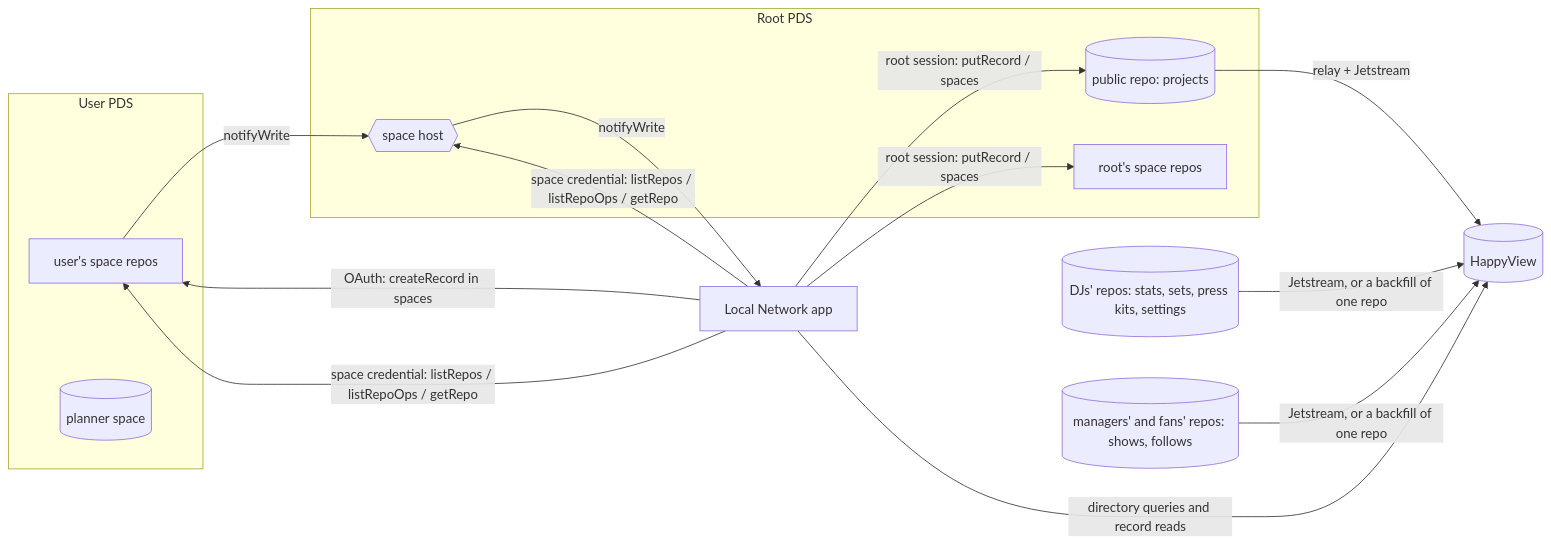
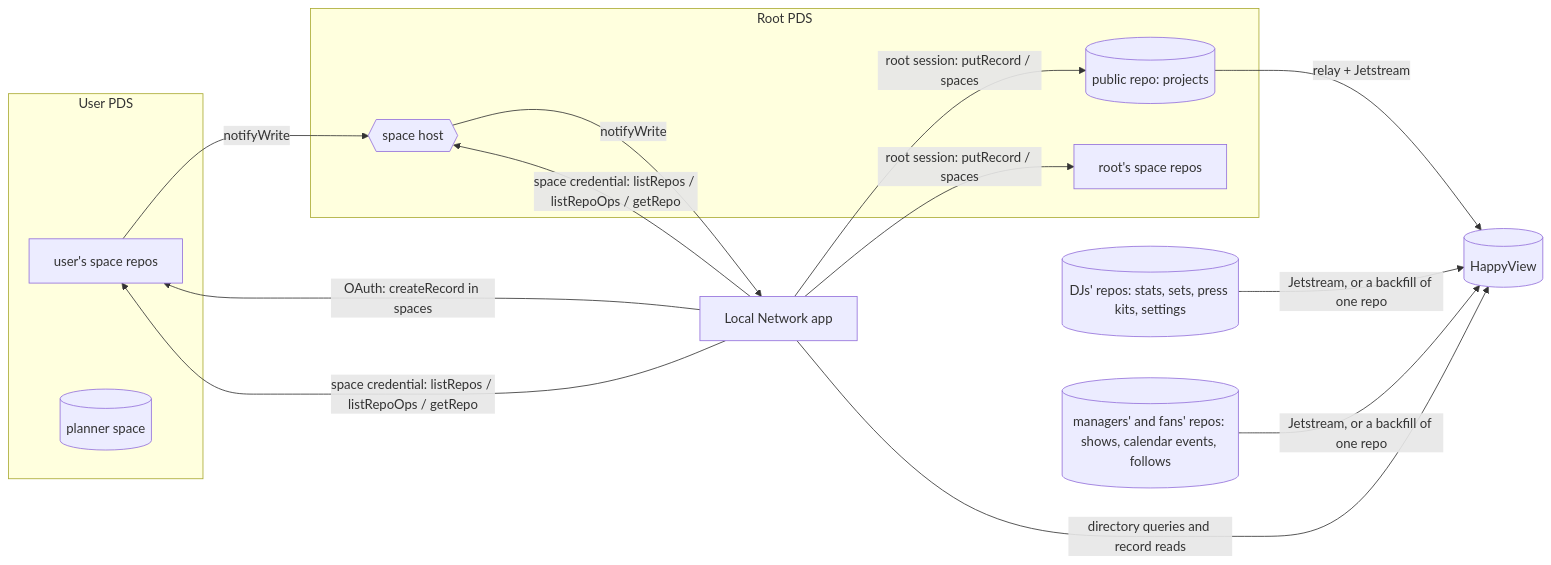
The diagram in apps/web/README.md (cutenode/localnetwork), drawn with Mermaid before and after one commit. The commit also changed other lines of this file and 20 other files, not shown here.

First line of the commit message:
feat(web): read shows and their calendar events from HappyView instead of PDSes

````diff
--- a/apps/web/README.md
+++ b/apps/web/README.md
@@ -93,22 +93,22 @@
 ```mermaid
 flowchart LR
   subgraph User PDS
     UR[user's space repos]
     PL[(planner space)]
   end
   subgraph Root PDS
     PUB[(public repo: projects)]
     RS[root's space repos]
     SH{{space host}}
   end
   App[Local Network app]
   App -- OAuth: createRecord in spaces --> UR
   App -- root session: putRecord / spaces --> PUB & RS
   UR -- notifyWrite --> SH
   SH -- notifyWrite --> App
   App -- space credential: listRepos / listRepoOps / getRepo --> SH & UR
   PUB -- relay + Jetstream --> HV[(HappyView)]
   SETS[(DJs' repos: stats, sets, press kits, settings)] -- Jetstream, or a backfill of one repo --> HV
-  FANS[(managers' and fans' repos: shows, follows)] -- Jetstream, or a backfill of one repo --> HV
+  FANS[(managers' and fans' repos: shows, calendar events, follows)] -- Jetstream, or a backfill of one repo --> HV
   App -- directory queries and record reads --> HV
 ```
````
